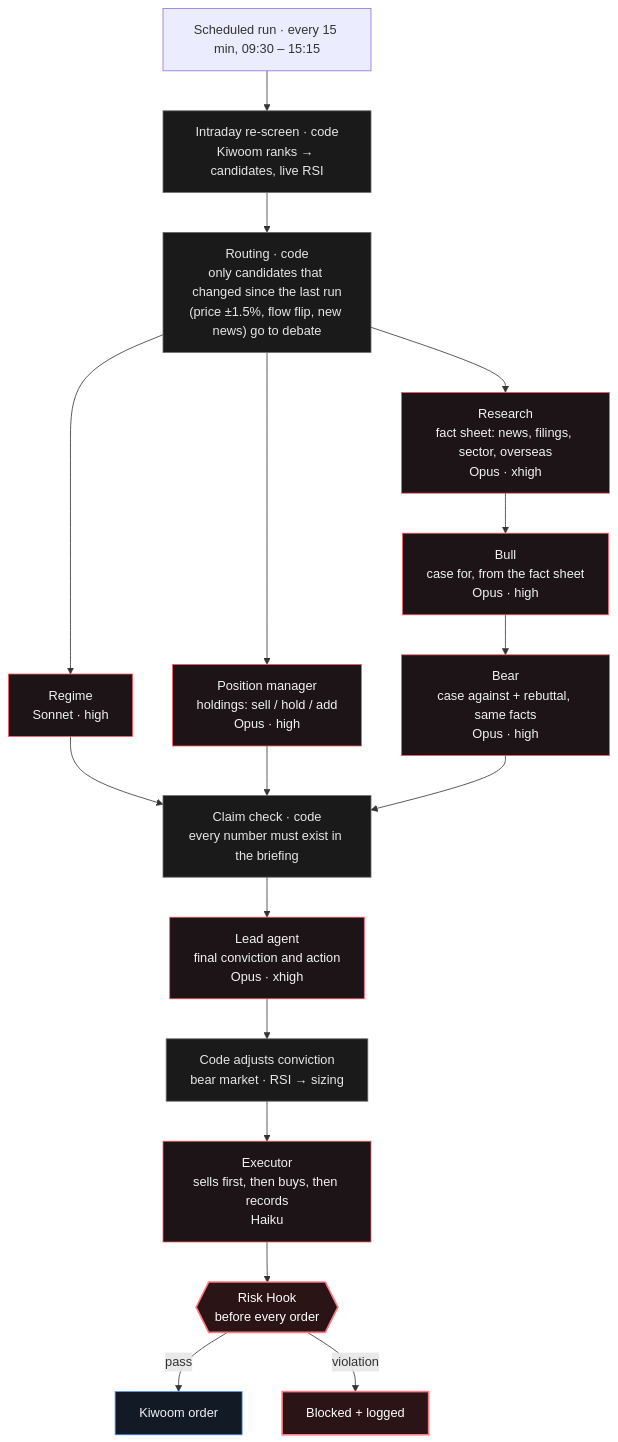
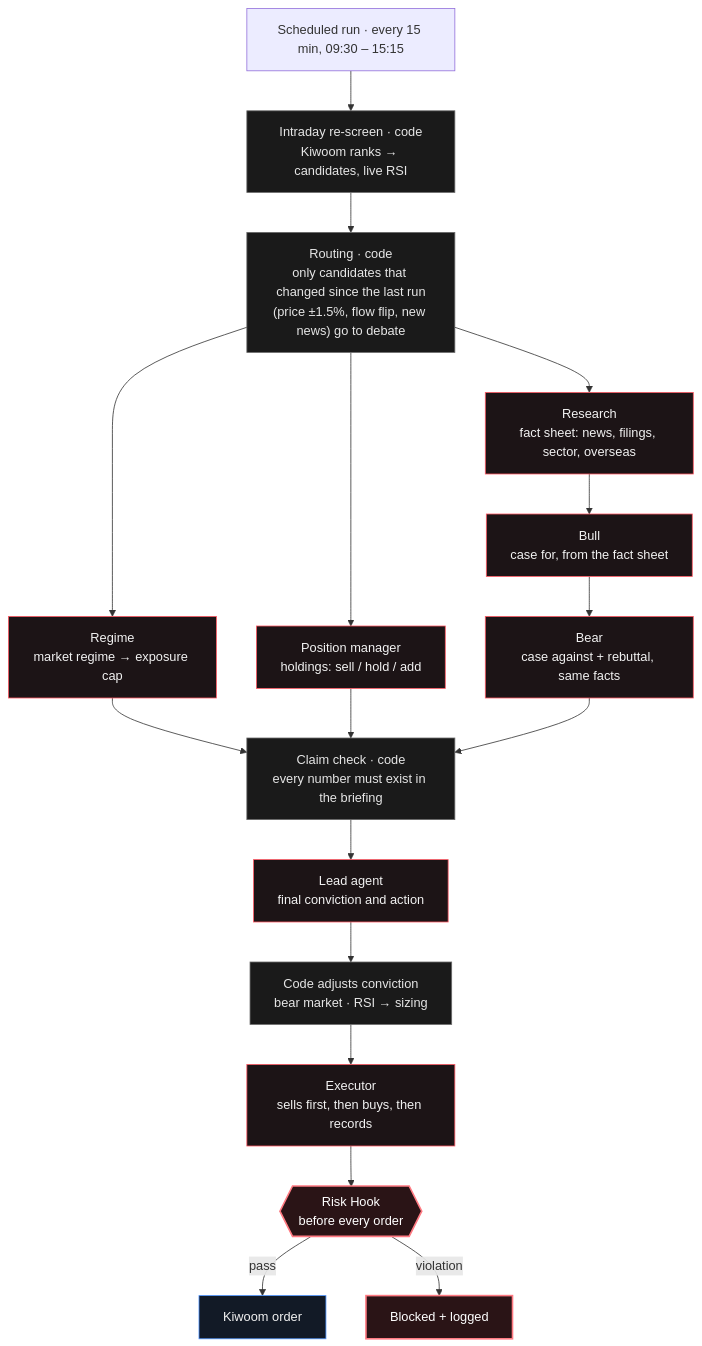
Before and after one commit to isopink/hynix-298f: the diagram in assets/diagrams/decision.en.mmd, drawn with Mermaid. The commit also changed 9 other files, not shown here.

```diff
--- a/assets/diagrams/decision.en.mmd
+++ b/assets/diagrams/decision.en.mmd
@@ -1,25 +1,25 @@
 flowchart TB
     S["Scheduled run · every 15 min, 09:30 – 15:15"] --> P["Intraday re-screen · code<br/>Kiwoom ranks → candidates, live RSI"]
     P --> RT["Routing · code<br/>only candidates that changed since the last run<br/>(price ±1.5%, flow flip, new news) go to debate"]
-    RT --> G["Regime<br/>Sonnet · high"]
-    RT --> PO["Position manager<br/>holdings: sell / hold / add<br/>Opus · high"]
-    RT --> RS["Research<br/>fact sheet: news, filings, sector, overseas<br/>Opus · xhigh"]
-    RS --> B["Bull<br/>case for, from the fact sheet<br/>Opus · high"]
-    B --> R["Bear<br/>case against + rebuttal, same facts<br/>Opus · high"]
+    RT --> G["Regime<br/>market regime → exposure cap"]
+    RT --> PO["Position manager<br/>holdings: sell / hold / add"]
+    RT --> RS["Research<br/>fact sheet: news, filings, sector, overseas"]
+    RS --> B["Bull<br/>case for, from the fact sheet"]
+    B --> R["Bear<br/>case against + rebuttal, same facts"]
     G --> V
     PO --> V
     R --> V["Claim check · code<br/>every number must exist in the briefing"]
-    V --> L["Lead agent<br/>final conviction and action<br/>Opus · xhigh"]
+    V --> L["Lead agent<br/>final conviction and action"]
     L --> C["Code adjusts conviction<br/>bear market · RSI → sizing"]
-    C --> E["Executor<br/>sells first, then buys, then records<br/>Haiku"]
+    C --> E["Executor<br/>sells first, then buys, then records"]
     E --> H{{"Risk Hook<br/>before every order"}}
     H -- pass --> O["Kiwoom order"]
     H -- violation --> X["Blocked + logged"]
     classDef agent fill:#1c1416,stroke:#ff5a65,color:#f2f2f2
     classDef code fill:#1a1a1a,stroke:#6a6a6a,color:#e6e6e6
     classDef hook fill:#2a1416,stroke:#ff7a82,stroke-width:2px,color:#ffffff
     classDef ok fill:#121a26,stroke:#4e94ff,color:#f2f2f2
     class G,PO,RS,B,R,L,E agent
     class P,RT,V,C code
     class H,X hook
     class O ok
```
